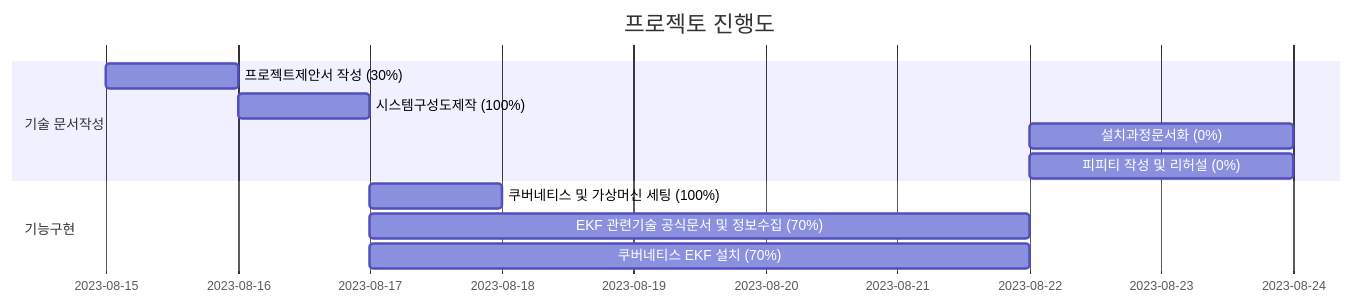
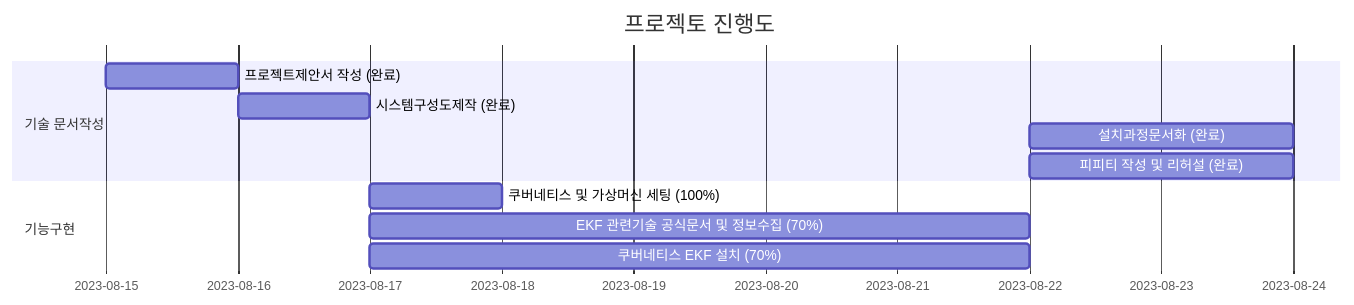
Before and after one commit to minjunkim5876/project_eggs: the diagram in README.md, drawn with Mermaid.

````diff
--- a/README.md
+++ b/README.md
@@ -4,15 +4,15 @@
 ```mermaid
 gantt
     title 프로젝토 진행도
     dateFormat  YYYY-MM-DD
     section 기술 문서작성
-    프로젝트제안서 작성 (30%) : a1, 2023-8-15, 1d
-    시스템구성도제작 (100%) : 2023-8-16, 1d
-    설치과정문서화 (0%) : 2023-8-22, 2d
-    피피티 작성 및 리허설 (0%) : 2023-8-22, 2d
+    프로젝트제안서 작성 (완료) : a1, 2023-8-15, 1d
+    시스템구성도제작 (완료) : 2023-8-16, 1d
+    설치과정문서화 (완료) : 2023-8-22, 2d
+    피피티 작성 및 리허설 (완료) : 2023-8-22, 2d
 
     section 기능구현
     쿠버네티스 및 가상머신 세팅 (100%) : 2023-8-17,  1d
     EKF 관련기술 공식문서 및 정보수집 (70%) : 2023-8-17  , 5d
     쿠버네티스 EKF 설치 (70%) : 2023-8-17  , 5d
 ```
````
